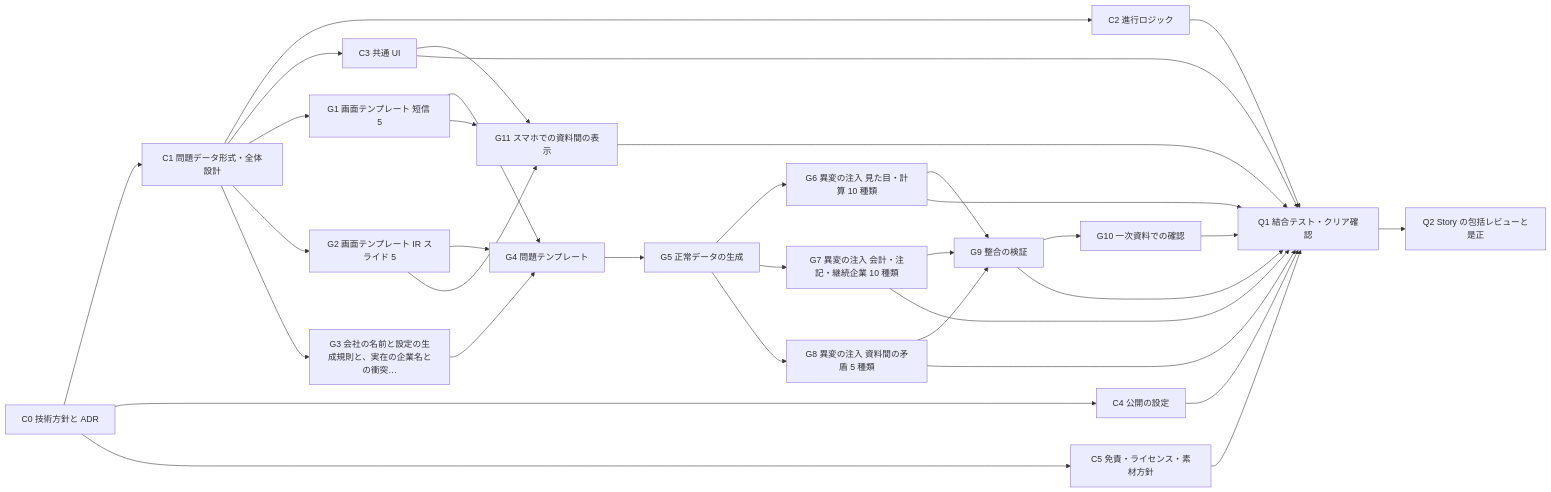
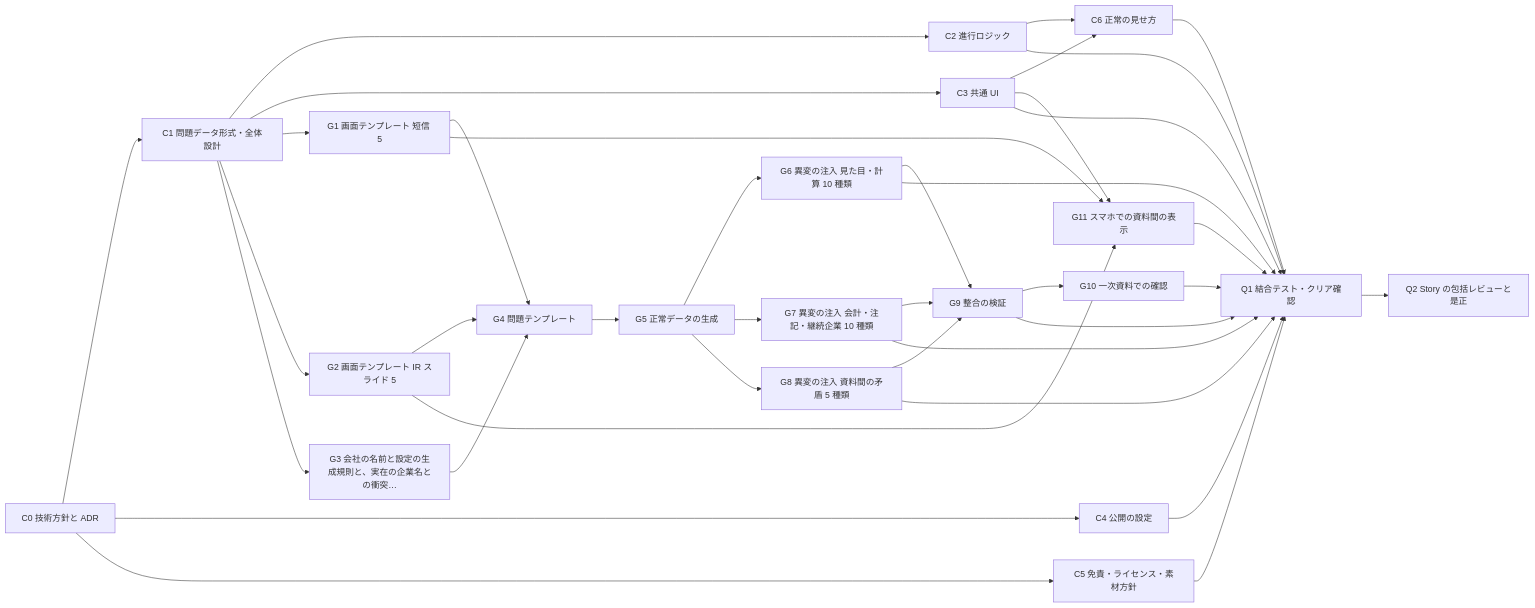
The third of 3 diagrams in docs/plans/plan-comparison.md (calliope-pro/kessan-8), drawn with Mermaid before and after one commit. The commit also changed other lines of this file and 1 other file, not shown here.

````diff
--- a/docs/plans/plan-comparison.md
+++ b/docs/plans/plan-comparison.md
@@ -273,55 +284,59 @@
 ```mermaid
 flowchart LR
   CC0["C0 技術方針と ADR"]
   CC1["C1 問題データ形式・全体設計"]
   CC2["C2 進行ロジック"]
   CC3["C3 共通 UI"]
   CC4["C4 公開の設定"]
   CC5["C5 免責・ライセンス・素材方針"]
+  CC6["C6 正常の見せ方"]
   CG1["G1 画面テンプレート 短信 5"]
   CG2["G2 画面テンプレート IR スライド 5"]
   CG3["G3 会社の名前と設定の生成規則と、実在の企業名との衝突…"]
   CG4["G4 問題テンプレート"]
   CG5["G5 正常データの生成"]
   CG6["G6 異変の注入 見た目・計算 10 種類"]
   CG7["G7 異変の注入 会計・注記・継続企業 10 種類"]
   CG8["G8 異変の注入 資料間の矛盾 5 種類"]
   CG9["G9 整合の検証"]
   CG10["G10 一次資料での確認"]
   CG11["G11 スマホでの資料間の表示"]
   CQ1["Q1 結合テスト・クリア確認"]
   CQ2["Q2 Story の包括レビューと是正"]
   CC0 --> CC1
   CC1 --> CC2
   CC1 --> CC3
   CC0 --> CC4
   CC0 --> CC5
+  CC2 --> CC6
+  CC3 --> CC6
   CC1 --> CG1
   CC1 --> CG2
   CC1 --> CG3
   CG1 --> CG4
   CG2 --> CG4
   CG3 --> CG4
   CG4 --> CG5
   CG5 --> CG6
   CG5 --> CG7
   CG5 --> CG8
   CG6 --> CG9
   CG7 --> CG9
   CG8 --> CG9
   CG9 --> CG10
   CG1 --> CG11
   CG2 --> CG11
   CC3 --> CG11
   CG6 --> CQ1
   CG7 --> CQ1
   CG8 --> CQ1
   CG9 --> CQ1
   CG10 --> CQ1
   CG11 --> CQ1
   CC2 --> CQ1
   CC3 --> CQ1
   CC4 --> CQ1
   CC5 --> CQ1
+  CC6 --> CQ1
   CQ1 --> CQ2
 ```
````
